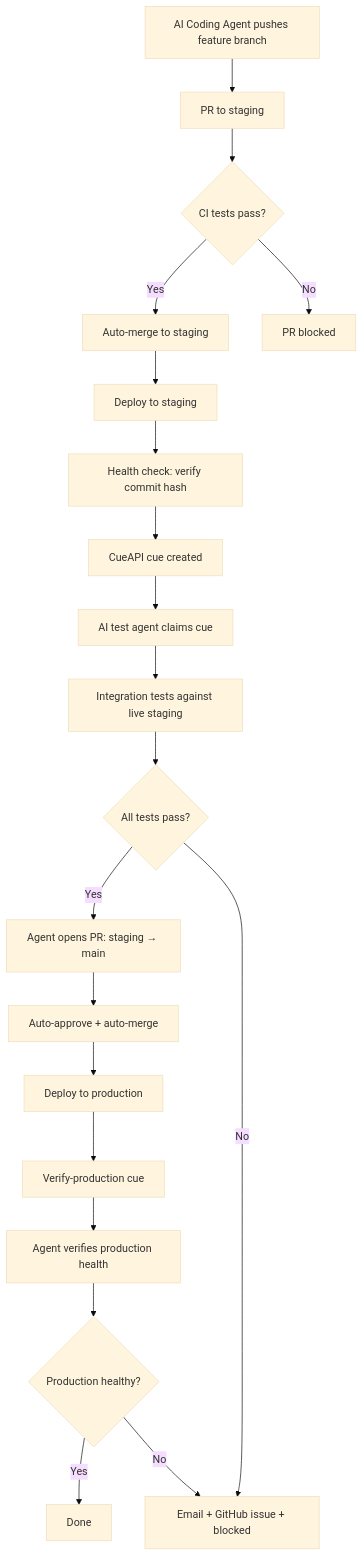
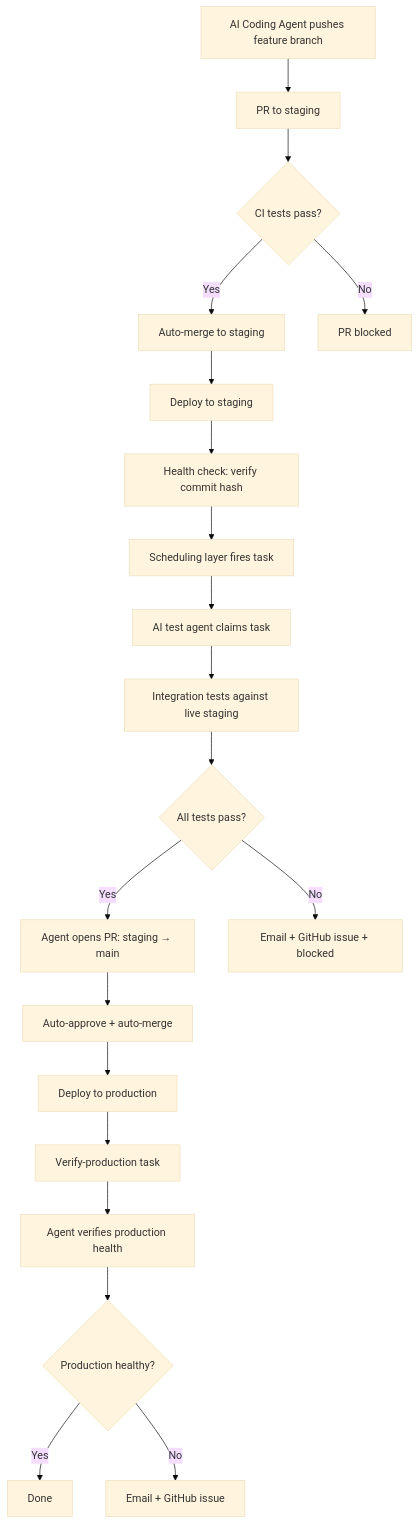
Before and after one commit to govindkavaturi-art/agent-cicd: the diagram in README.md, drawn with Mermaid (base theme). The commit also changed other lines of this file and 6 other files, not shown here.

First line of the commit message:
design: add pipeline visuals, tighten README, simplify CueAPI section

````diff
--- a/README.md
+++ b/README.md
@@ -13,22 +13,22 @@
 ```mermaid
 graph TD
     A[AI Coding Agent pushes feature branch] --> B[PR to staging]
     B --> C{CI tests pass?}
     C -->|Yes| D[Auto-merge to staging]
     C -->|No| E[PR blocked]
     D --> F[Deploy to staging]
     F --> G[Health check: verify commit hash]
-    G --> H[CueAPI cue created]
-    H --> I[AI test agent claims cue]
+    G --> H[Scheduling layer fires task]
+    H --> I[AI test agent claims task]
     I --> J[Integration tests against live staging]
     J --> K{All tests pass?}
     K -->|Yes| L[Agent opens PR: staging → main]
-    K -->|No| M[Email + GitHub issue + blocked]
+    K -->|No| FAIL1[Email + GitHub issue + blocked]
     L --> N[Auto-approve + auto-merge]
     N --> O[Deploy to production]
-    O --> P[Verify-production cue]
+    O --> P[Verify-production task]
     P --> Q[Agent verifies production health]
     Q --> R{Production healthy?}
     R -->|Yes| S[Done]
-    R -->|No| M
+    R -->|No| FAIL2[Email + GitHub issue]
 ```
````
